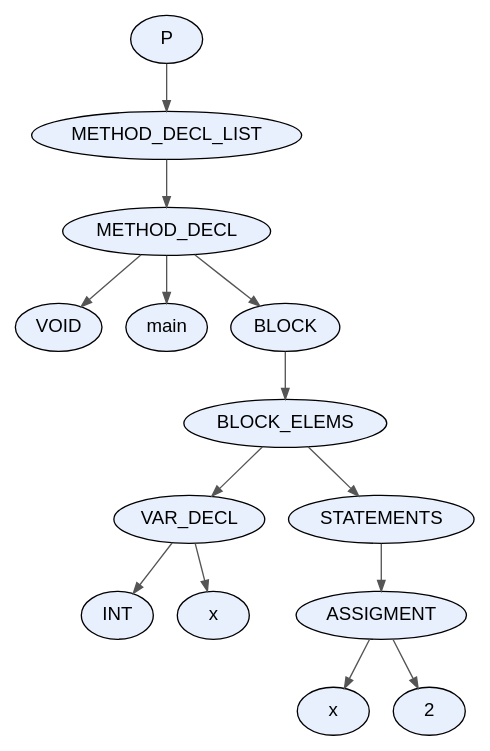
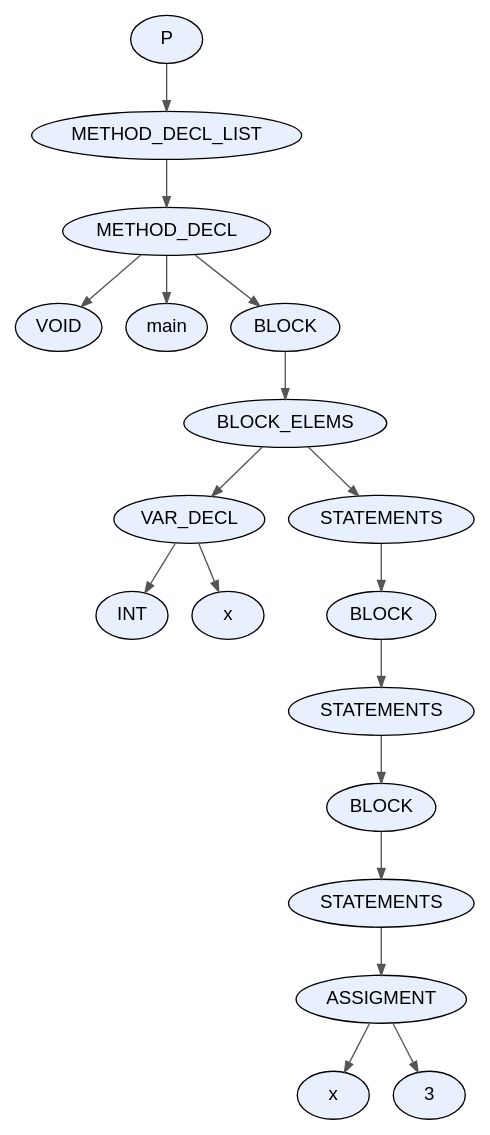
Before and after one commit to facundo-dario-loser/TDS2026: the diagram in proyecto/dot_files/test4.dot, drawn with Graphviz. The commit also changed 53 other files, not shown here.

```diff
--- a/proyecto/dot_files/test4.dot
+++ b/proyecto/dot_files/test4.dot
@@ -1,31 +1,39 @@
 digraph AST {
   node [fontname="Arial"];
   edge [arrowsize=0.8, color="#555555"];
-  "node_0x6173e025dbe0" [label="P", style=filled, fillcolor="#E8F0FE", shape=ellipse, style="rounded,filled"];
-  "node_0x6173e025dbe0" -> "node_0x6173e025db90";
-  "node_0x6173e025db90" [label="METHOD_DECL_LIST", style=filled, fillcolor="#E8F0FE", shape=ellipse, style="rounded,filled"];
-  "node_0x6173e025db90" -> "node_0x6173e025db40";
-  "node_0x6173e025db40" [label="METHOD_DECL", style=filled, fillcolor="#E8F0FE", shape=ellipse, style="rounded,filled"];
-  "node_0x6173e025db40" -> "node_0x6173e025da80";
-  "node_0x6173e025da80" [label="VOID", style=filled, fillcolor="#E8F0FE", shape=ellipse, style="rounded,filled"];
-  "node_0x6173e025db40" -> "node_0x6173e025dad0";
-  "node_0x6173e025dad0" [label="main", style=filled, fillcolor="#E8F0FE", shape=ellipse, style="rounded,filled"];
-  "node_0x6173e025db40" -> "node_0x6173e025da30";
-  "node_0x6173e025da30" [label="BLOCK", style=filled, fillcolor="#E8F0FE", shape=ellipse, style="rounded,filled"];
-  "node_0x6173e025da30" -> "node_0x6173e025d9e0";
-  "node_0x6173e025d9e0" [label="BLOCK_ELEMS", style=filled, fillcolor="#E8F0FE", shape=ellipse, style="rounded,filled"];
-  "node_0x6173e025d9e0" -> "node_0x6173e025d630";
-  "node_0x6173e025d630" [label="VAR_DECL", style=filled, fillcolor="#E8F0FE", shape=ellipse, style="rounded,filled"];
-  "node_0x6173e025d630" -> "node_0x6173e025d550";
-  "node_0x6173e025d550" [label="INT", style=filled, fillcolor="#E8F0FE", shape=ellipse, style="rounded,filled"];
-  "node_0x6173e025d630" -> "node_0x6173e025d5c0";
-  "node_0x6173e025d5c0" [label="x", style=filled, fillcolor="#E8F0FE", shape=ellipse, style="rounded,filled"];
-  "node_0x6173e025d9e0" -> "node_0x6173e025d990";
-  "node_0x6173e025d990" [label="STATEMENTS", style=filled, fillcolor="#E8F0FE", shape=ellipse, style="rounded,filled"];
-  "node_0x6173e025d990" -> "node_0x6173e025d940";
-  "node_0x6173e025d940" [label="ASSIGMENT", style=filled, fillcolor="#E8F0FE", shape=ellipse, style="rounded,filled"];
-  "node_0x6173e025d940" -> "node_0x6173e025d8d0";
-  "node_0x6173e025d8d0" [label="x", style=filled, fillcolor="#E8F0FE", shape=ellipse, style="rounded,filled"];
-  "node_0x6173e025d940" -> "node_0x6173e025d740";
-  "node_0x6173e025d740" [label="2", style=filled, fillcolor="#E8F0FE", shape=ellipse, style="rounded,filled"];
+  "node_0x59f96d645020" [label="P", style=filled, fillcolor="#E8F0FE", shape=ellipse, style="rounded,filled"];
+  "node_0x59f96d645020" -> "node_0x59f96d644fd0";
+  "node_0x59f96d644fd0" [label="METHOD_DECL_LIST", style=filled, fillcolor="#E8F0FE", shape=ellipse, style="rounded,filled"];
+  "node_0x59f96d644fd0" -> "node_0x59f96d644f80";
+  "node_0x59f96d644f80" [label="METHOD_DECL", style=filled, fillcolor="#E8F0FE", shape=ellipse, style="rounded,filled"];
+  "node_0x59f96d644f80" -> "node_0x59f96d644ec0";
+  "node_0x59f96d644ec0" [label="VOID", style=filled, fillcolor="#E8F0FE", shape=ellipse, style="rounded,filled"];
+  "node_0x59f96d644f80" -> "node_0x59f96d644f10";
+  "node_0x59f96d644f10" [label="main", style=filled, fillcolor="#E8F0FE", shape=ellipse, style="rounded,filled"];
+  "node_0x59f96d644f80" -> "node_0x59f96d644e70";
+  "node_0x59f96d644e70" [label="BLOCK", style=filled, fillcolor="#E8F0FE", shape=ellipse, style="rounded,filled"];
+  "node_0x59f96d644e70" -> "node_0x59f96d644e20";
+  "node_0x59f96d644e20" [label="BLOCK_ELEMS", style=filled, fillcolor="#E8F0FE", shape=ellipse, style="rounded,filled"];
+  "node_0x59f96d644e20" -> "node_0x59f96d644630";
+  "node_0x59f96d644630" [label="VAR_DECL", style=filled, fillcolor="#E8F0FE", shape=ellipse, style="rounded,filled"];
+  "node_0x59f96d644630" -> "node_0x59f96d644550";
+  "node_0x59f96d644550" [label="INT", style=filled, fillcolor="#E8F0FE", shape=ellipse, style="rounded,filled"];
+  "node_0x59f96d644630" -> "node_0x59f96d6445c0";
+  "node_0x59f96d6445c0" [label="x", style=filled, fillcolor="#E8F0FE", shape=ellipse, style="rounded,filled"];
+  "node_0x59f96d644e20" -> "node_0x59f96d644dd0";
+  "node_0x59f96d644dd0" [label="STATEMENTS", style=filled, fillcolor="#E8F0FE", shape=ellipse, style="rounded,filled"];
+  "node_0x59f96d644dd0" -> "node_0x59f96d644d30";
+  "node_0x59f96d644d30" [label="BLOCK", style=filled, fillcolor="#E8F0FE", shape=ellipse, style="rounded,filled"];
+  "node_0x59f96d644d30" -> "node_0x59f96d644ce0";
+  "node_0x59f96d644ce0" [label="STATEMENTS", style=filled, fillcolor="#E8F0FE", shape=ellipse, style="rounded,filled"];
+  "node_0x59f96d644ce0" -> "node_0x59f96d644c40";
+  "node_0x59f96d644c40" [label="BLOCK", style=filled, fillcolor="#E8F0FE", shape=ellipse, style="rounded,filled"];
+  "node_0x59f96d644c40" -> "node_0x59f96d644bf0";
+  "node_0x59f96d644bf0" [label="STATEMENTS", style=filled, fillcolor="#E8F0FE", shape=ellipse, style="rounded,filled"];
+  "node_0x59f96d644bf0" -> "node_0x59f96d644ba0";
+  "node_0x59f96d644ba0" [label="ASSIGMENT", style=filled, fillcolor="#E8F0FE", shape=ellipse, style="rounded,filled"];
+  "node_0x59f96d644ba0" -> "node_0x59f96d644b30";
+  "node_0x59f96d644b30" [label="x", style=filled, fillcolor="#E8F0FE", shape=ellipse, style="rounded,filled"];
+  "node_0x59f96d644ba0" -> "node_0x59f96d644ae0";
+  "node_0x59f96d644ae0" [label="3", style=filled, fillcolor="#E8F0FE", shape=ellipse, style="rounded,filled"];
 }
```
